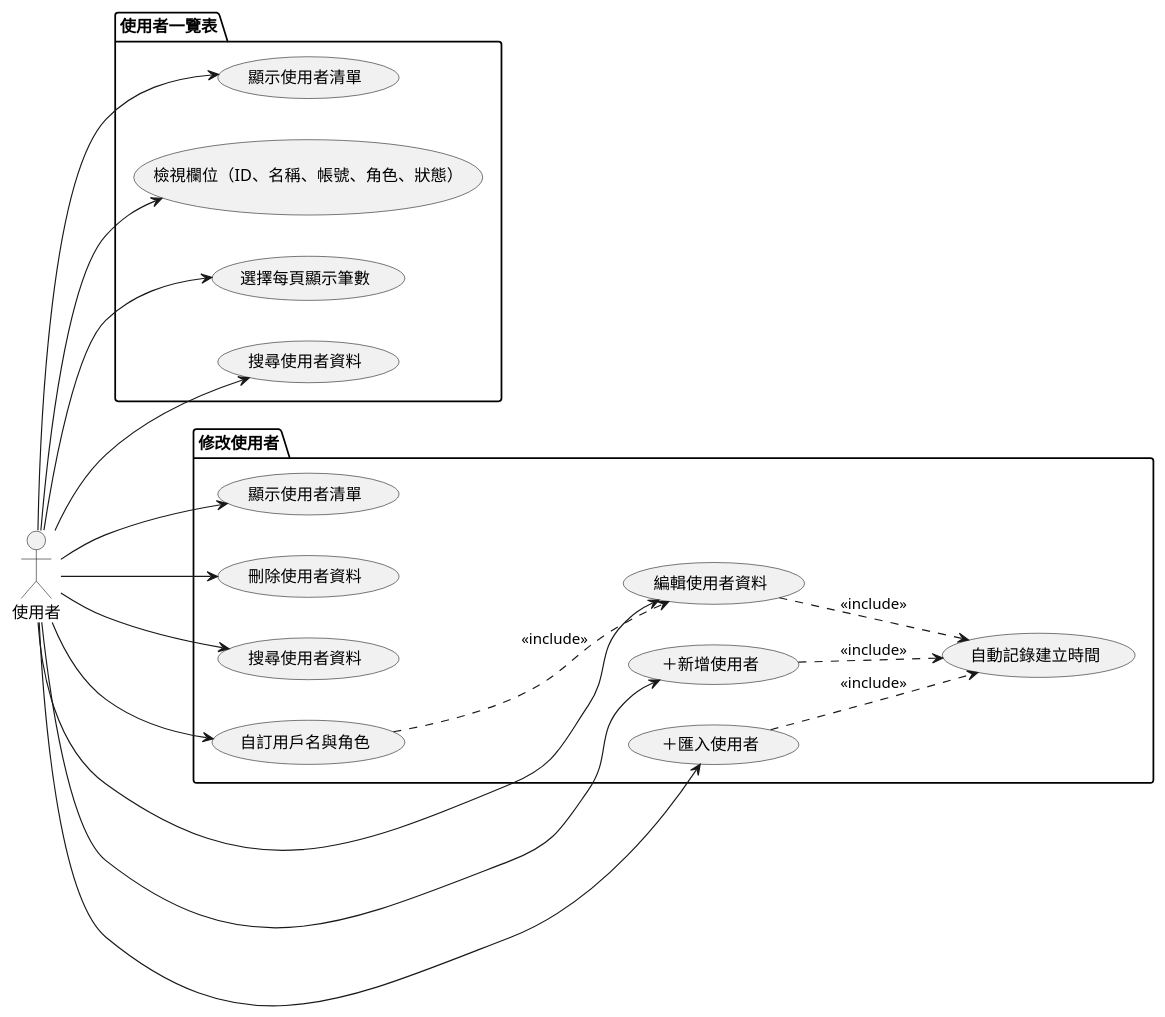
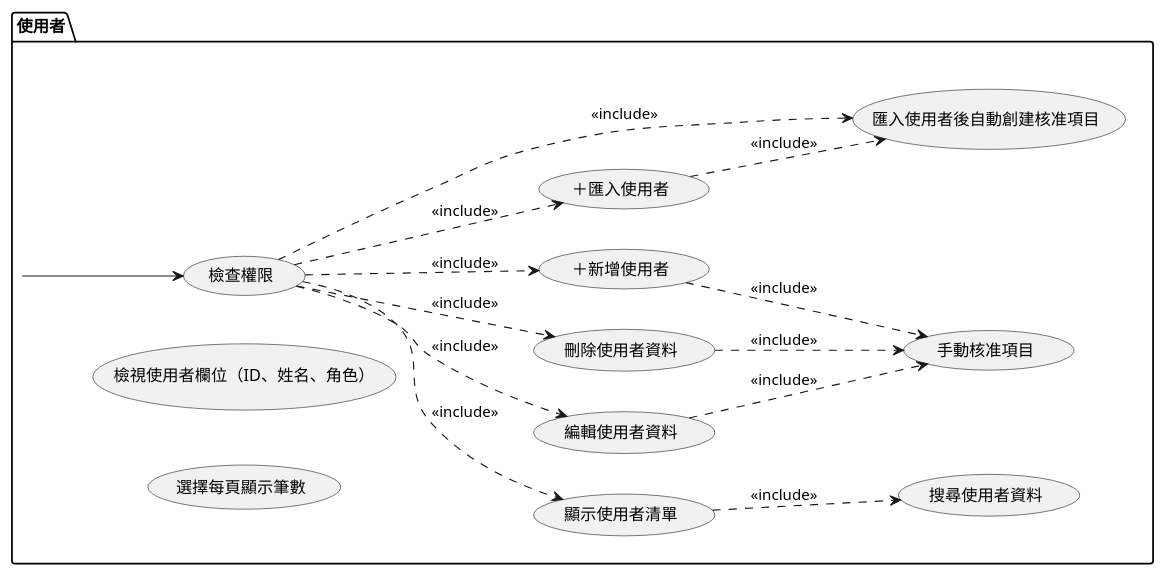
One commit to walle45611/NTUB_SecuManag_Diagram changed the diagram in mermaid/use_case/user_overview&edit.puml. Above: the diagram before and after it, drawn with PlantUML. The commit also changed 7 other files, not shown here.

```diff
--- a/mermaid/use_case/user_overview&edit.puml
+++ b/mermaid/use_case/user_overview&edit.puml
@@ -1,42 +1,35 @@
-@startuml
+@startuml user_overview
 
 left to right direction
 
 actor 使用者
 
-package "使用者一覽表" {
+package "使用者" {
+    usecase "檢查權限" as UC12
     usecase "顯示使用者清單" as UC1
-    usecase "檢視欄位（ID、名稱、帳號、角色、狀態）" as UC2
+    usecase "檢視使用者欄位（ID、姓名、角色）" as UC2
     usecase "選擇每頁顯示筆數" as UC3
     usecase "搜尋使用者資料" as UC4
+    usecase "編輯使用者資料" as UC5
+    usecase "刪除使用者資料" as UC6
+    usecase "＋新增使用者" as UC7
+    usecase "＋匯入使用者" as UC8
+    usecase "匯入使用者後自動創建核准項目" as UC10
+    usecase "手動核准項目" as UC11
 }
 
-package "修改使用者" {
-    usecase "顯示使用者清單" as UC5
-    usecase "編輯使用者資料" as UC6
-    usecase "刪除使用者資料" as UC7
-    usecase "搜尋使用者資料" as UC8
-    usecase "自訂用戶名與角色" as UC9
-    usecase "＋新增使用者" as UC10
-    usecase "＋匯入使用者" as UC11
-    usecase "自動記錄建立時間" as UC12
-}
+使用者 --> UC12
+UC12 .down.> UC1 : <<include>>
+UC12 .down.> UC5 : <<include>>
+UC12 .down.> UC6 : <<include>>
+UC12 .down.> UC7 : <<include>>
+UC12 .down.> UC8 : <<include>>
+UC12 .down.> UC10 : <<include>>
 
-UC6 .down.> UC12 : <<include>>
-UC9 .down.> UC6 : <<include>>
-UC10 .down.> UC12 : <<include>>
-UC11 .down.> UC12 : <<include>>
-
-使用者 --> UC1
-使用者 --> UC2
-使用者 --> UC3
-使用者 --> UC4
-使用者 --> UC5
-使用者 --> UC6
-使用者 --> UC7
-使用者 --> UC8
-使用者 --> UC9
-使用者 --> UC10
-使用者 --> UC11
+UC1 .down.> UC4 : <<include>>
+UC5 .down.> UC11 : <<include>>
+UC6 .down.> UC11 : <<include>>
+UC7 .down.> UC11 : <<include>>
+UC8 .down.> UC10 : <<include>>
 
 @enduml
```
